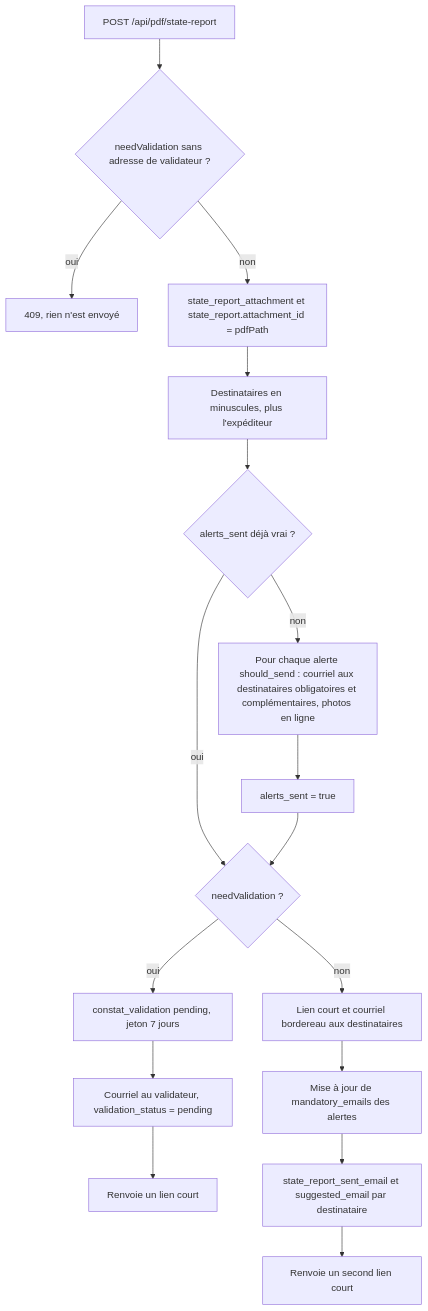
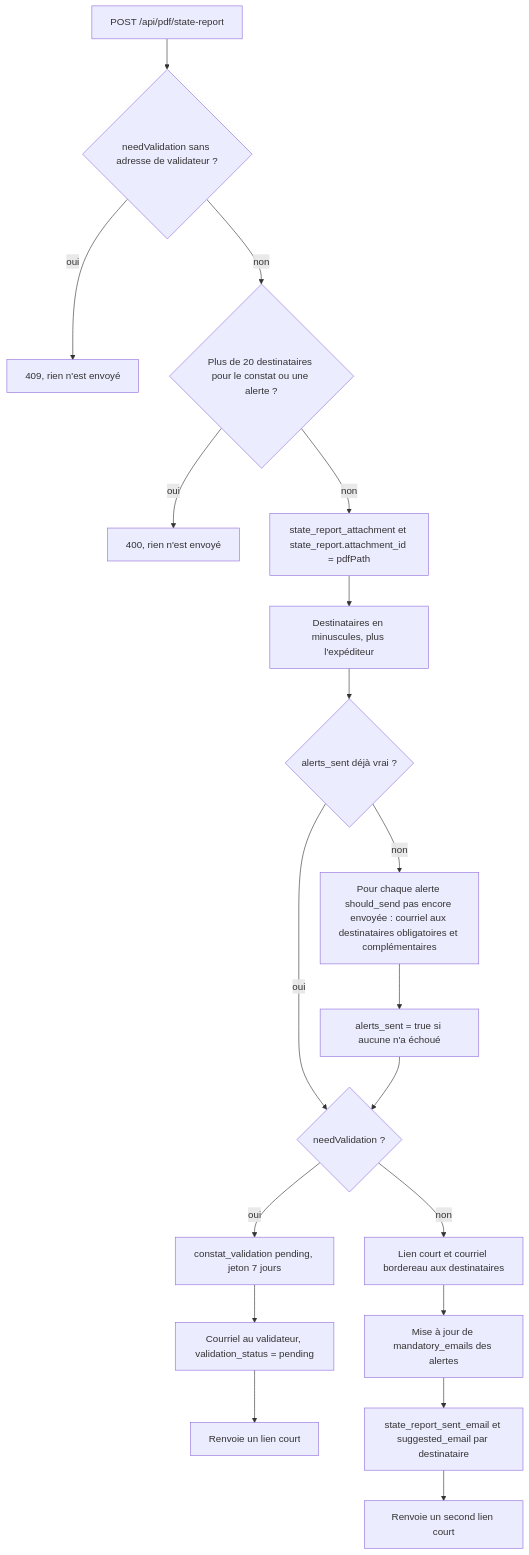
The fourth of 5 diagrams in docs/04-backend-api.md (betagouv/patrinotes), drawn with Mermaid before and after one commit. The commit also changed other lines of this file and 18 other files, not shown here.

````diff
--- a/docs/04-backend-api.md
+++ b/docs/04-backend-api.md
@@ -403,19 +424,21 @@
 ```mermaid
 flowchart TD
     S["POST /api/pdf/state-report"] --> VE{"needValidation sans adresse de validateur ?"}
     VE -- oui --> VX["409, rien n'est envoyé"]
-    VE -- non --> A["state_report_attachment et state_report.attachment_id = pdfPath"]
+    VE -- non --> RL{"Plus de 20 destinataires pour le constat ou une alerte ?"}
+    RL -- oui --> RLX["400, rien n'est envoyé"]
+    RL -- non --> A["state_report_attachment et state_report.attachment_id = pdfPath"]
     A --> R["Destinataires en minuscules, plus l'expéditeur"]
     R --> AL{"alerts_sent déjà vrai ?"}
-    AL -- non --> AL2["Pour chaque alerte should_send : courriel aux destinataires obligatoires et complémentaires, photos en ligne"]
-    AL2 --> AL3["alerts_sent = true"]
+    AL -- non --> AL2["Pour chaque alerte should_send pas encore envoyée : courriel aux destinataires obligatoires et complémentaires"]
+    AL2 --> AL3["alerts_sent = true si aucune n'a échoué"]
     AL -- oui --> V
     AL3 --> V{"needValidation ?"}
     V -- oui --> V1["constat_validation pending, jeton 7 jours"]
     V1 --> V2["Courriel au validateur, validation_status = pending"]
     V2 --> V3["Renvoie un lien court"]
     V -- non --> N1["Lien court et courriel bordereau aux destinataires"]
     N1 --> N2["Mise à jour de mandatory_emails des alertes"]
     N2 --> N3["state_report_sent_email et suggested_email par destinataire"]
     N3 --> N4["Renvoie un second lien court"]
 ```
````
